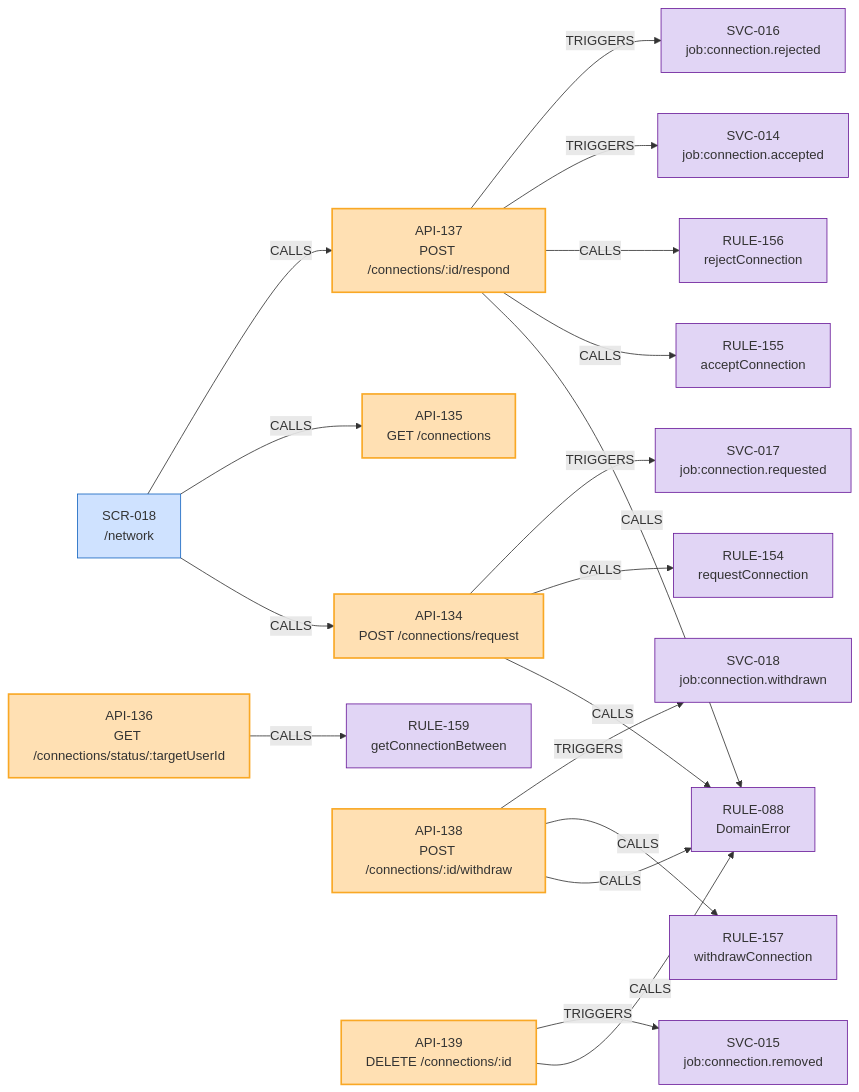
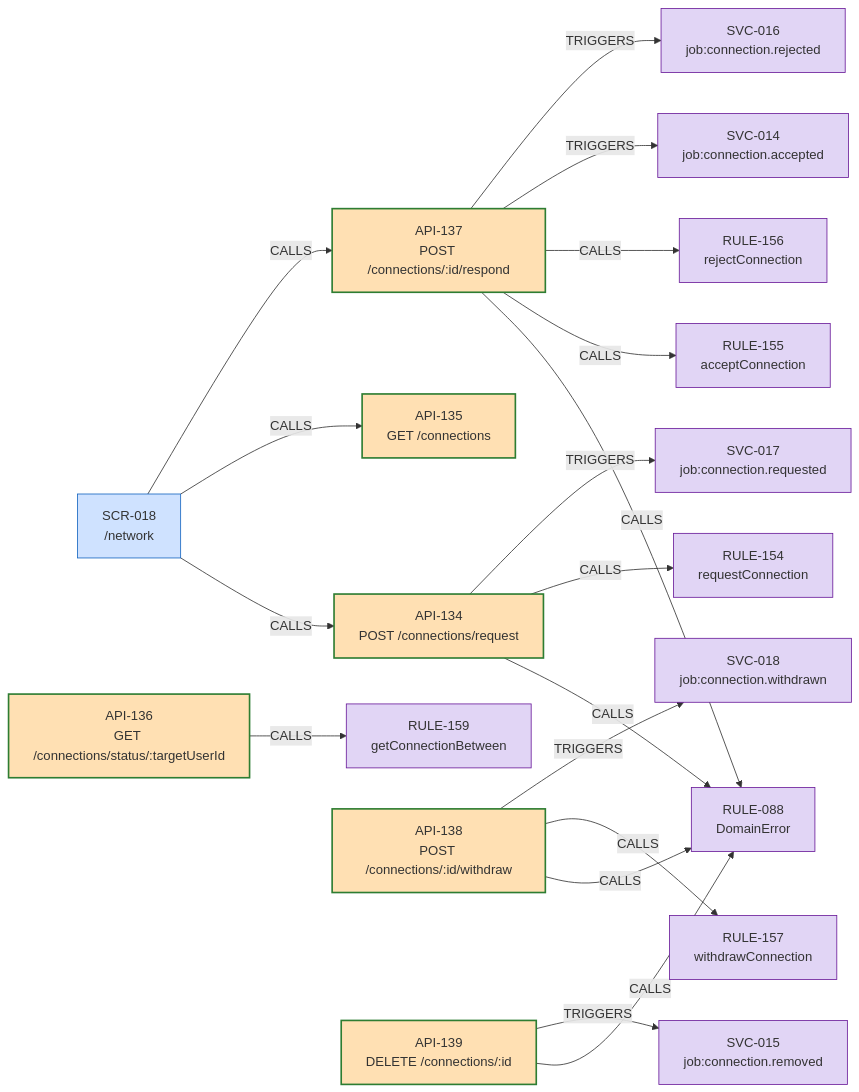
One commit to yhsomani/talentsphere-complete changed diagram 13 of 45 in project-mindmap/architecture/MODULE_GRAPHS.md. Above: the diagram before and after it, drawn with Mermaid. The commit also changed other lines of this file and 171 other files, not shown here.

First line of the commit message:
docs(mindmap): feature catalog to nano level and graph views

````diff
--- a/project-mindmap/architecture/MODULE_GRAPHS.md
+++ b/project-mindmap/architecture/MODULE_GRAPHS.md
@@ -640,43 +640,43 @@
 ```mermaid
 flowchart LR
-  API_134["API-134<br/>POST /connections/request"]:::eph
+  API_134["API-134<br/>POST /connections/request"]:::dur
   SCR_018["SCR-018<br/>/network"]:::ui
   SCR_018 -->|CALLS| API_134
   RULE_088["RULE-088<br/>DomainError"]:::logic
   API_134 -->|CALLS| RULE_088
   RULE_154["RULE-154<br/>requestConnection"]:::logic
   API_134 -->|CALLS| RULE_154
   SVC_017["SVC-017<br/>job:connection.requested"]:::logic
   API_134 -->|TRIGGERS| SVC_017
-  API_135["API-135<br/>GET /connections"]:::eph
+  API_135["API-135<br/>GET /connections"]:::dur
   SCR_018 -->|CALLS| API_135
-  API_136["API-136<br/>GET /connections/status/:targetUserId"]:::eph
+  API_136["API-136<br/>GET /connections/status/:targetUserId"]:::dur
   RULE_159["RULE-159<br/>getConnectionBetween"]:::logic
   API_136 -->|CALLS| RULE_159
-  API_137["API-137<br/>POST /connections/:id/respond"]:::eph
+  API_137["API-137<br/>POST /connections/:id/respond"]:::dur
   SCR_018 -->|CALLS| API_137
   API_137 -->|CALLS| RULE_088
   RULE_155["RULE-155<br/>acceptConnection"]:::logic
   API_137 -->|CALLS| RULE_155
   RULE_156["RULE-156<br/>rejectConnection"]:::logic
   API_137 -->|CALLS| RULE_156
   SVC_014["SVC-014<br/>job:connection.accepted"]:::logic
   API_137 -->|TRIGGERS| SVC_014
   SVC_016["SVC-016<br/>job:connection.rejected"]:::logic
   API_137 -->|TRIGGERS| SVC_016
-  API_138["API-138<br/>POST /connections/:id/withdraw"]:::eph
+  API_138["API-138<br/>POST /connections/:id/withdraw"]:::dur
   API_138 -->|CALLS| RULE_088
   RULE_157["RULE-157<br/>withdrawConnection"]:::logic
   API_138 -->|CALLS| RULE_157
   SVC_018["SVC-018<br/>job:connection.withdrawn"]:::logic
   API_138 -->|TRIGGERS| SVC_018
-  API_139["API-139<br/>DELETE /connections/:id"]:::eph
+  API_139["API-139<br/>DELETE /connections/:id"]:::dur
   API_139 -->|CALLS| RULE_088
   SVC_015["SVC-015<br/>job:connection.removed"]:::logic
   API_139 -->|TRIGGERS| SVC_015
   classDef dur fill:#ffe0b3,stroke:#2e7d32,stroke-width:2px;
   classDef eph fill:#ffe0b3,stroke:#f9a825,stroke-width:2px;
   classDef ui fill:#cfe2ff,stroke:#1565c0;
   classDef logic fill:#e1d5f5,stroke:#6a1b9a;
   classDef data fill:#c8ece8,stroke:#00796b;
 ```
````
